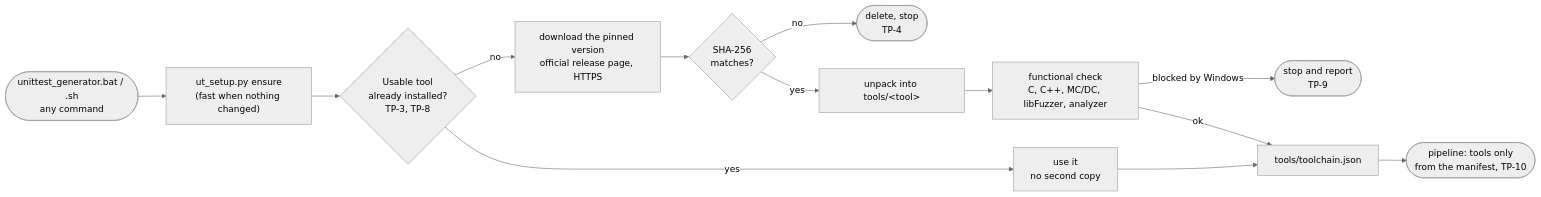
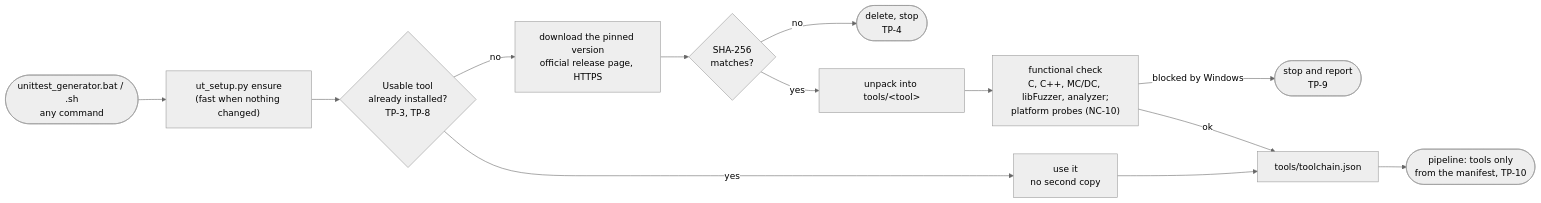
One commit to bharatd03/Unittest changed the first of 14 diagrams in Docs/ORCHESTRATION.md. Above: the diagram before and after it, drawn with Mermaid (neutral theme). The commit also changed other lines of this file and 98 other files, not shown here.

````diff
--- a/Docs/ORCHESTRATION.md
+++ b/Docs/ORCHESTRATION.md
@@ -34,15 +34,15 @@
 ```mermaid
 flowchart LR
     cmd(["unittest_generator.bat / .sh<br/>any command"]) --> chk["ut_setup.py ensure<br/>(fast when nothing changed)"]
     chk --> have{"Usable tool<br/>already installed?<br/>TP-3, TP-8"}
     have -- yes --> use["use it<br/>no second copy"]
     have -- no --> dl["download the pinned version<br/>official release page, HTTPS"]
     dl --> sha{"SHA-256<br/>matches?"}
     sha -- no --> refuse(["delete, stop<br/>TP-4"])
     sha -- yes --> unpack["unpack into tools/&lt;tool&gt;"]
-    unpack --> check["functional check<br/>C, C++, MC/DC, libFuzzer, analyzer"]
+    unpack --> check["functional check<br/>C, C++, MC/DC, libFuzzer, analyzer;<br/>platform probes (NC-10)"]
     check -- blocked by Windows --> blocked(["stop and report<br/>TP-9"])
     use --> manifest["tools/toolchain.json"]
     check -- ok --> manifest
     manifest --> pipe(["pipeline: tools only<br/>from the manifest, TP-10"])
 ```
````
